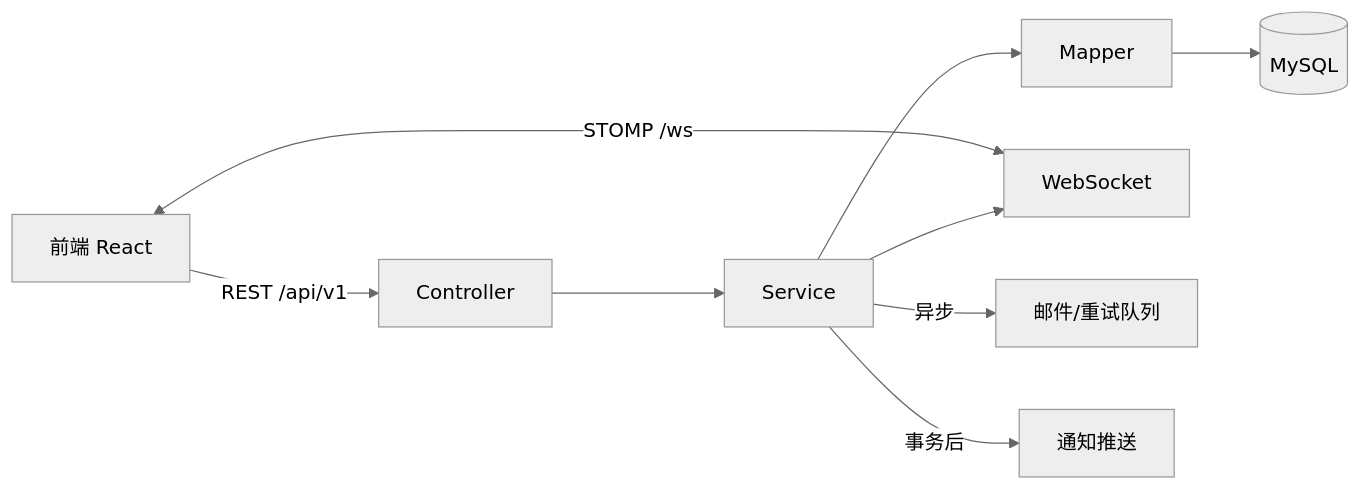
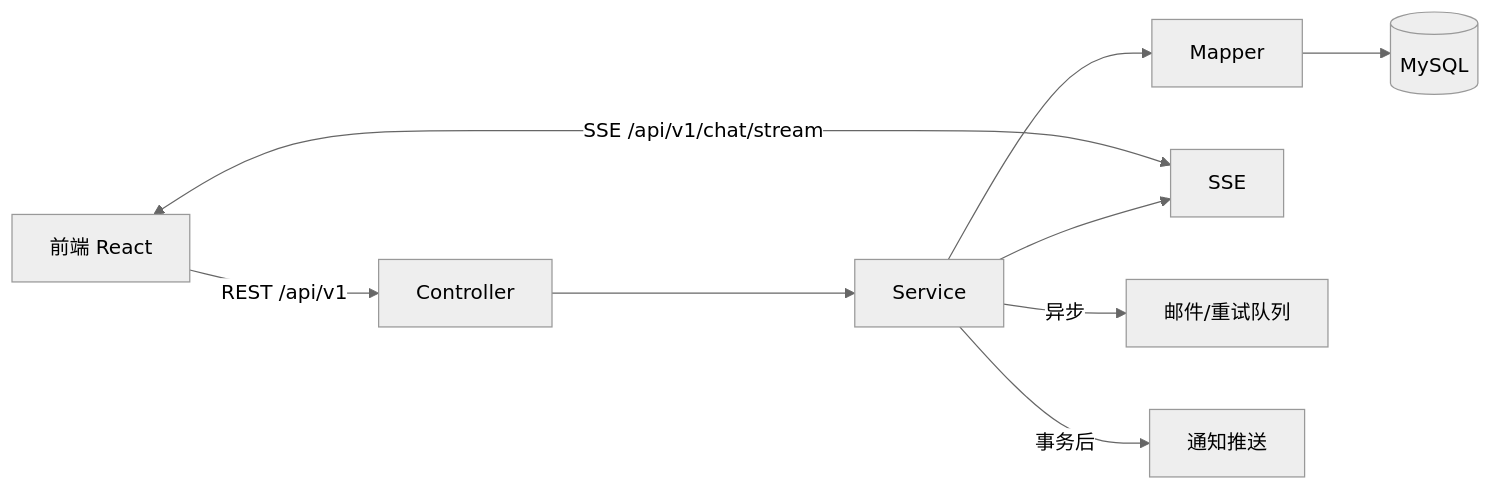
The diagram in docs/architecture.md (mcchampions/LostFound), drawn with Mermaid (neutral theme) before and after one commit. The commit also changed other lines of this file and 49 other files, not shown here.

````diff
--- a/docs/architecture.md
+++ b/docs/architecture.md
@@ -55,11 +55,11 @@
 ```mermaid
 flowchart LR
     FE[前端 React] -->|REST /api/v1| C[Controller]
     C --> S[Service]
     S --> M[Mapper]
     M --> DB[(MySQL)]
-    FE <-->|STOMP /ws| WS[WebSocket]
-    S --> WS
+    FE <-->|SSE /api/v1/chat/stream| PUSH[SSE]
+    S --> PUSH
     S -->|异步| MAIL[邮件/重试队列]
     S -->|事务后| NOTI[通知推送]
 ```
````
